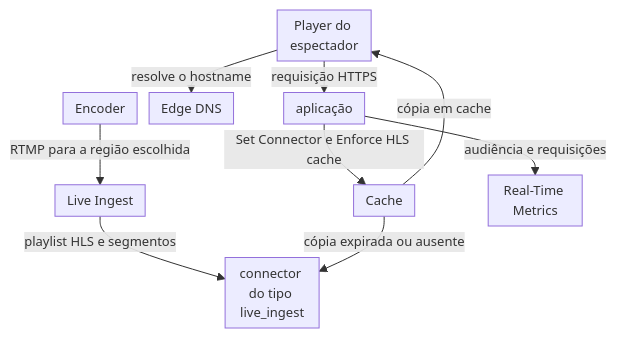
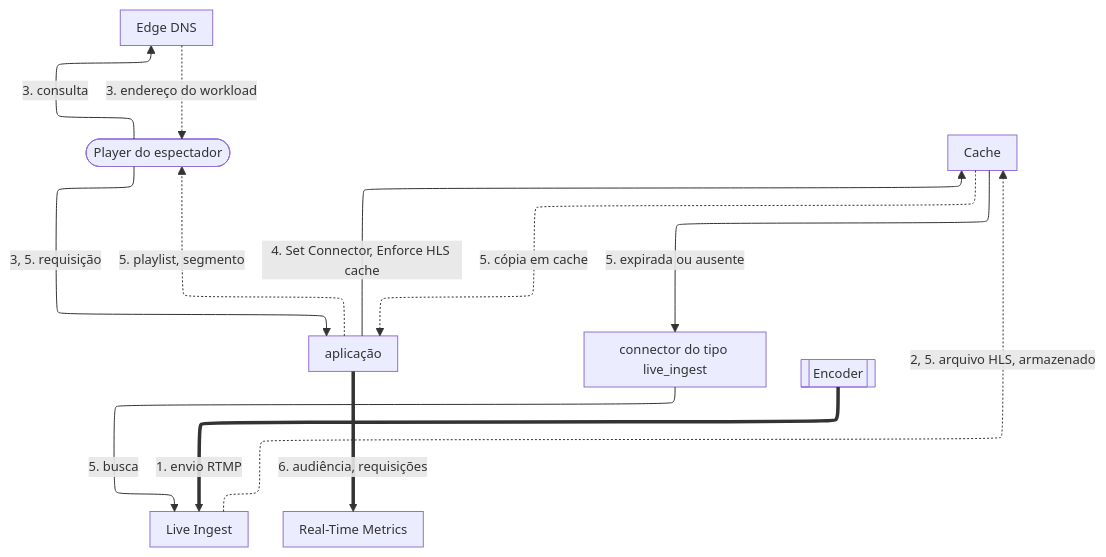
Before and after one commit to aziontech/docs: the diagram in apps/docs/src/content/docs/pt-br/pages/arquiteturas/live-streaming-delivery/live-streming-delivery-com-hls.mdx, drawn with Mermaid. The commit also changed other lines of this file and 179 other files, not shown here.

Commit message:
docs(diagrams): redraw every other diagram in the use-case diagram style (#2513)

````diff
--- a/apps/docs/src/content/docs/pt-br/pages/arquiteturas/live-streaming-delivery/live-streming-delivery-com-hls.mdx
+++ b/apps/docs/src/content/docs/pt-br/pages/arquiteturas/live-streaming-delivery/live-streming-delivery-com-hls.mdx
@@ -18,12 +20,23 @@
 ```mermaid
-%%{init: {"layout": "dagre", "themeVariables": {"fontSize": "13px"}, "flowchart": {"nodeSpacing": 12, "rankSpacing": 12, "padding": 6, "wrappingWidth": 70, "minNodeWidth": 40, "useMaxWidth": true}}}%%
+%%{init: {"layout": "elk", "elk": {"cycleBreakingStrategy": "MODEL_ORDER"}, "themeVariables": {"fontSize": "13px"}, "flowchart": {"nodeSpacing": 24, "rankSpacing": 36, "padding": 8, "wrappingWidth": 150, "useMaxWidth": true}, "sequence": {"width": 120, "actorMargin": 30, "useMaxWidth": true}}}%%
 flowchart TD
-  Encoder["Encoder"] -->|"RTMP para a região escolhida"| LI["Live Ingest"]
-  LI -->|"playlist HLS e segmentos"| Connector["connector do tipo live_ingest"]
-  Viewer["Player do espectador"] -->|"resolve o hostname"| DNS["Edge DNS"]
-  Viewer -->|"requisição HTTPS"| App["aplicação"]
-  App -->|"Set Connector e Enforce HLS cache"| Cache["Cache"]
-  Cache -->|"cópia expirada ou ausente"| Connector
-  Cache -->|"cópia em cache"| Viewer
-  App -->|"audiência e requisições"| RTM["Real-Time Metrics"]
+  Viewer(["Player do espectador"])
+  DNS["Edge DNS"]
+  App["aplicação"]
+  Cache["Cache"]
+  Connector["connector do tipo live_ingest"]
+  LI["Live Ingest"]
+  Encoder[["Encoder"]]
+  RTM["Real-Time Metrics"]
+  Viewer -->|"3. consulta"| DNS
+  Viewer -->|"3, 5. requisição"| App
+  App -->|"4. Set Connector, Enforce HLS cache"| Cache
+  Cache -->|"5. expirada ou ausente"| Connector
+  Connector -->|"5. busca"| LI
+  DNS -.->|"3. endereço do workload"| Viewer
+  LI -.->|"2, 5. arquivo HLS, armazenado"| Cache
+  Cache -.->|"5. cópia em cache"| App
+  App -.->|"5. playlist, segmento"| Viewer
+  Encoder ==>|"1. envio RTMP"| LI
+  App ==>|"6. audiência, requisições"| RTM
 ```
````
